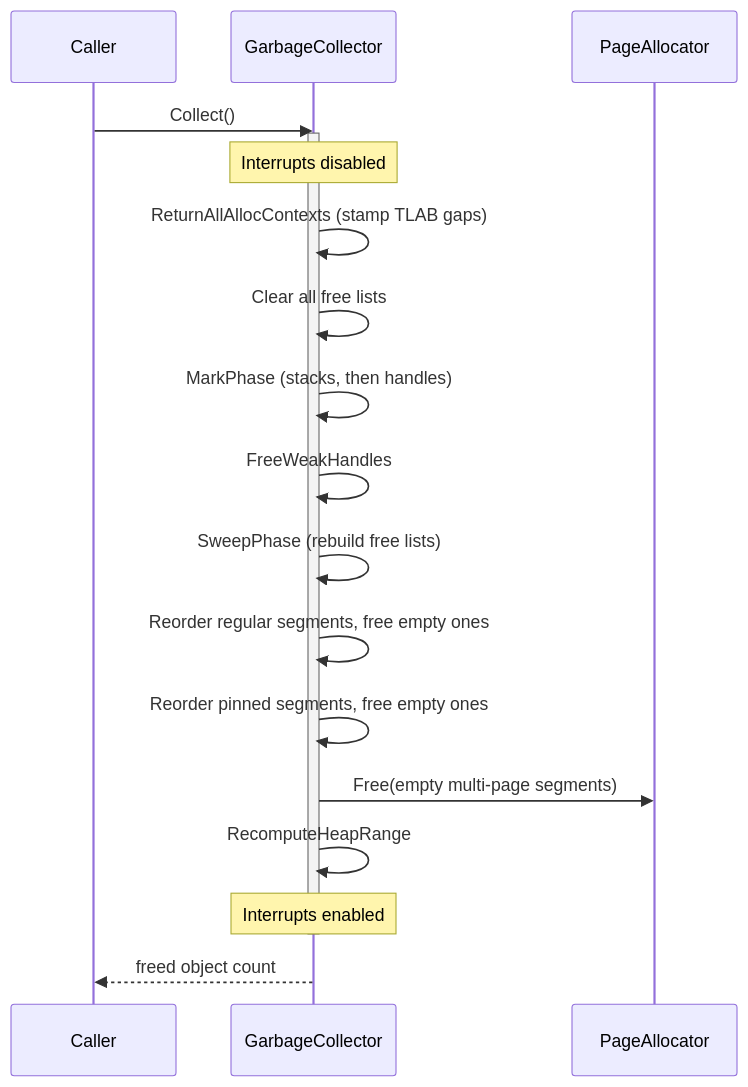
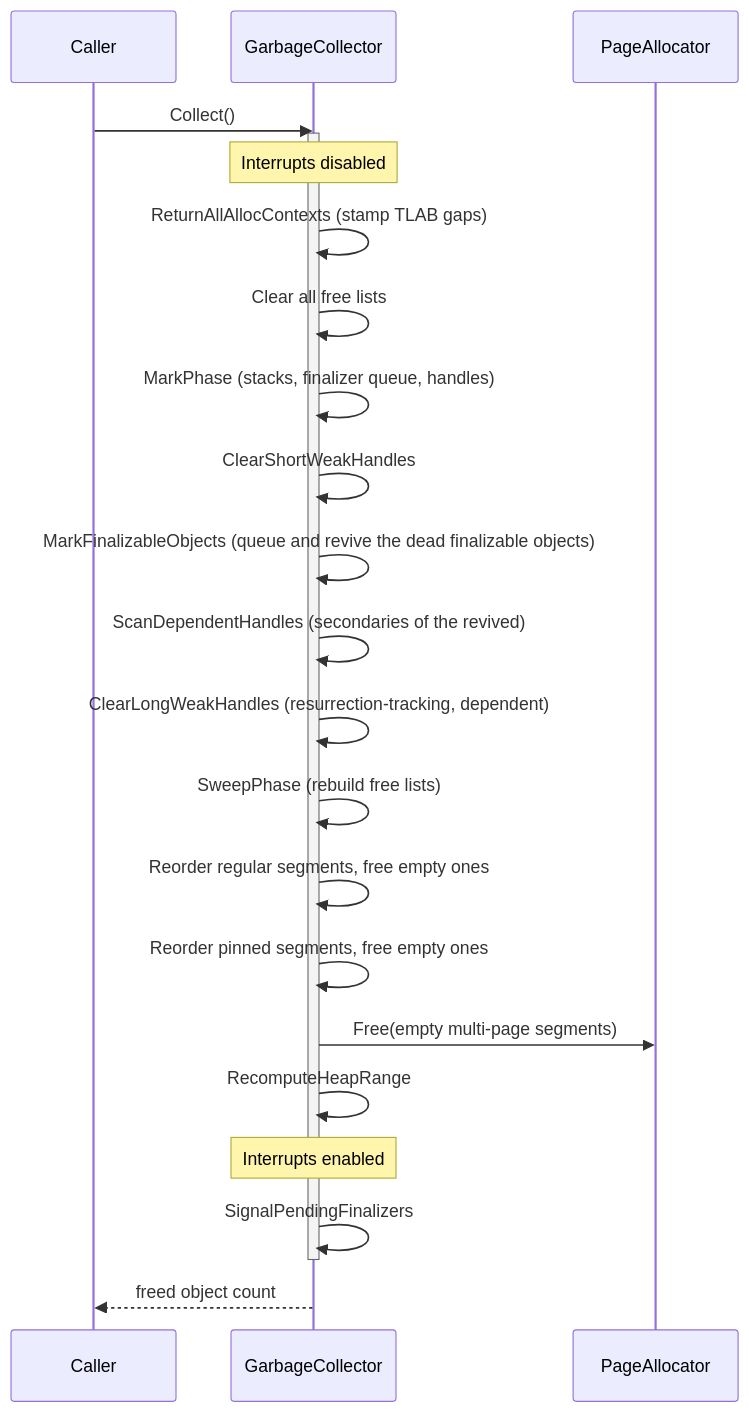
The third of 6 diagrams in docs/articles/dev/garbage-collector.md (CosmosOS/Cosmos), drawn with Mermaid before and after one commit. The commit also changed other lines of this file and 1 other file, not shown here.

````diff
--- a/docs/articles/dev/garbage-collector.md
+++ b/docs/articles/dev/garbage-collector.md
@@ -308,22 +317,26 @@
 ```mermaid
 sequenceDiagram
     participant App as Caller
     participant GC as GarbageCollector
     participant PA as PageAllocator
 
     App->>GC: Collect()
     activate GC
     Note over GC: Interrupts disabled
     GC->>GC: ReturnAllAllocContexts (stamp TLAB gaps)
     GC->>GC: Clear all free lists
-    GC->>GC: MarkPhase (stacks, then handles)
-    GC->>GC: FreeWeakHandles
+    GC->>GC: MarkPhase (stacks, finalizer queue, handles)
+    GC->>GC: ClearShortWeakHandles
+    GC->>GC: MarkFinalizableObjects (queue and revive the dead finalizable objects)
+    GC->>GC: ScanDependentHandles (secondaries of the revived)
+    GC->>GC: ClearLongWeakHandles (resurrection-tracking, dependent)
     GC->>GC: SweepPhase (rebuild free lists)
     GC->>GC: Reorder regular segments, free empty ones
     GC->>GC: Reorder pinned segments, free empty ones
     GC->>PA: Free(empty multi-page segments)
     GC->>GC: RecomputeHeapRange
     Note over GC: Interrupts enabled
+    GC->>GC: SignalPendingFinalizers
     deactivate GC
     GC-->>App: freed object count
 ```
````
